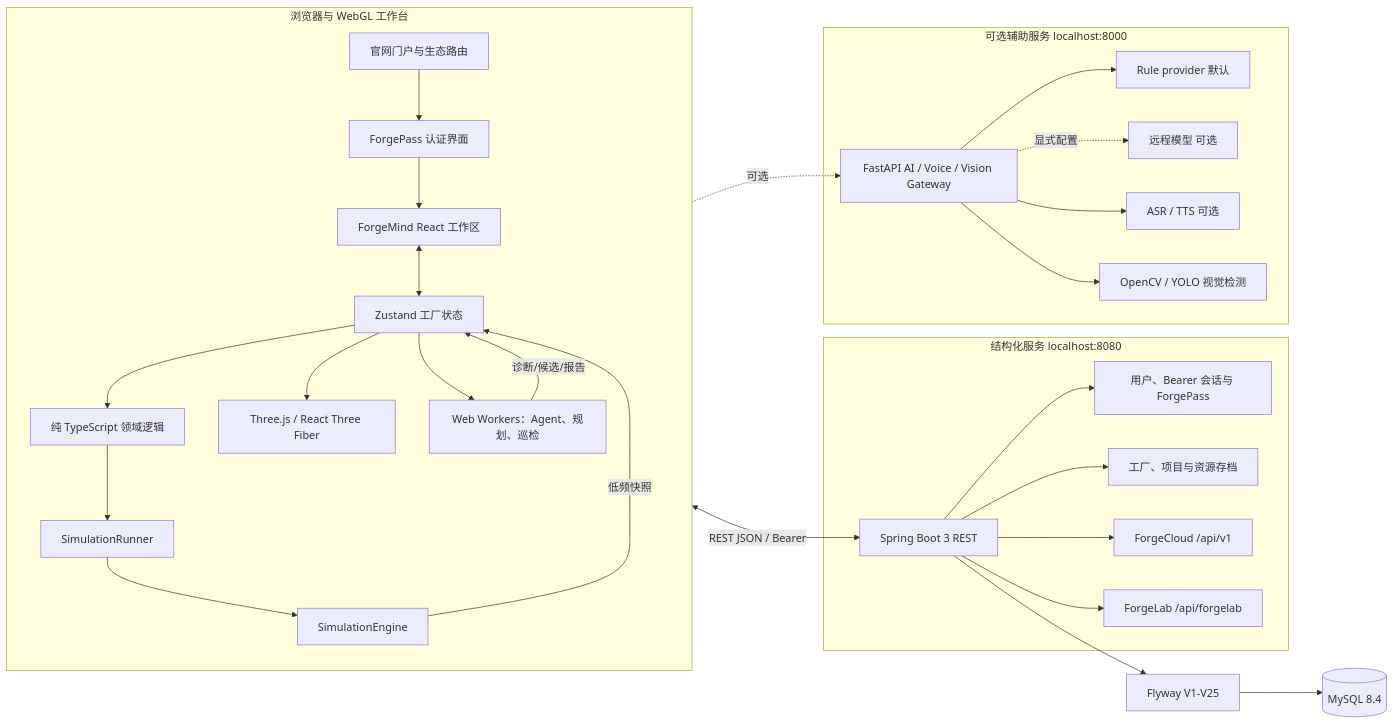
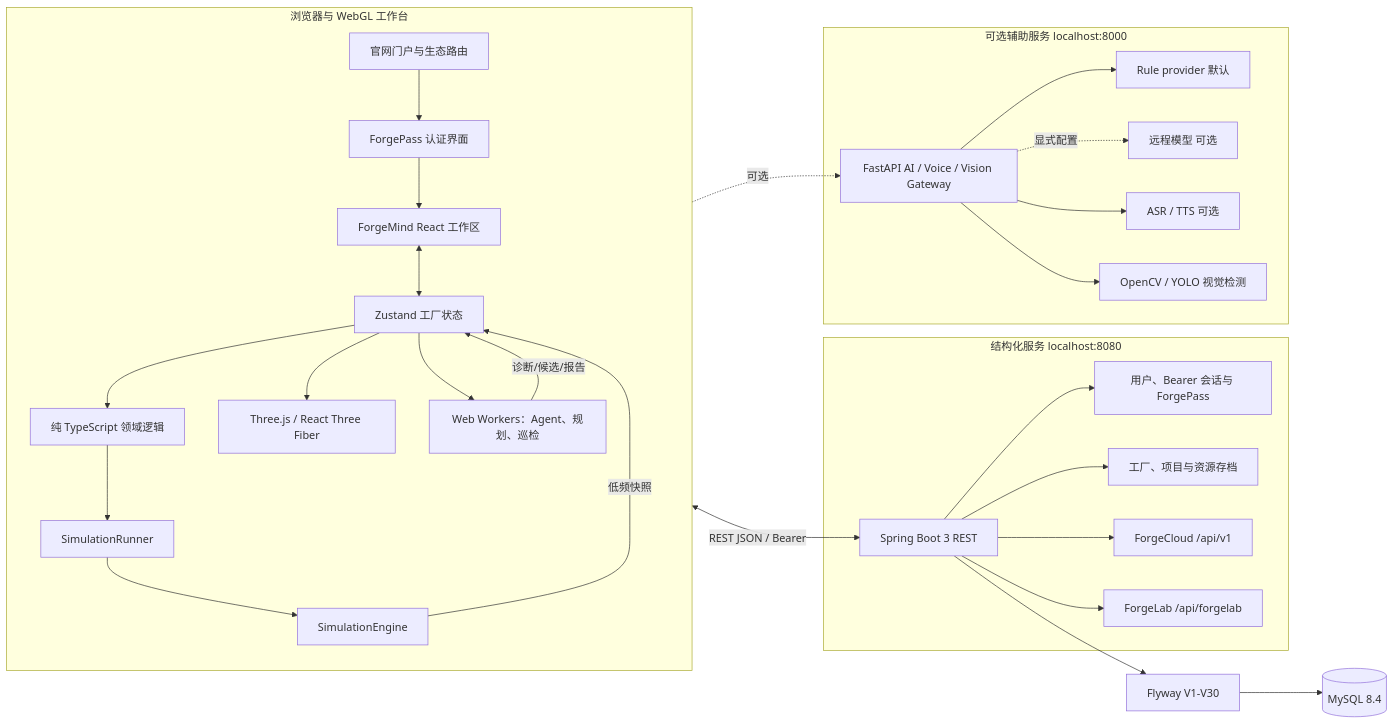
Before and after one commit to YJsnz/forgemind: the second of 9 diagrams in README.md, drawn with Mermaid. The commit also changed other lines of this file and 112 other files, not shown here.

````diff
--- a/README.md
+++ b/README.md
@@ -123,52 +123,52 @@
 ```mermaid
 flowchart LR
     subgraph browser[浏览器与 WebGL 工作台]
         portal[官网门户与生态路由]
         authUi[ForgePass 认证界面]
         workbench[ForgeMind React 工作区]
         state[Zustand 工厂状态]
         domain[纯 TypeScript 领域逻辑]
         runner[SimulationRunner]
         sim[SimulationEngine]
         scene[Three.js / React Three Fiber]
         workers[Web Workers：Agent、规划、巡检]
         portal --> authUi --> workbench
         workbench <--> state
         state --> domain --> runner --> sim
         sim -->|低频快照| state
         state --> scene
         state --> workers
         workers -->|诊断/候选/报告| state
     end
 
     subgraph server[结构化服务 localhost:8080]
         spring[Spring Boot 3 REST]
         sessions[用户、Bearer 会话与 ForgePass]
         factoryStore[工厂、项目与资源存档]
         cloudApi[ForgeCloud /api/v1]
         labApi[ForgeLab /api/forgelab]
         spring --> sessions
         spring --> factoryStore
         spring --> cloudApi
         spring --> labApi
     end
 
     mysql[(MySQL 8.4)]
-    flyway[Flyway V1-V25]
+    flyway[Flyway V1-V30]
     spring --> flyway --> mysql
 
     subgraph optional[可选辅助服务 localhost:8000]
         fastapi[FastAPI AI / Voice / Vision Gateway]
         rule[Rule provider 默认]
         remote[远程模型 可选]
         asr[ASR / TTS 可选]
         vision[OpenCV / YOLO 视觉检测]
         fastapi --> rule
         fastapi -.显式配置.-> remote
         fastapi --> asr
         fastapi --> vision
     end
 
     browser <-->|REST JSON / Bearer| spring
     browser -.可选.-> fastapi
 ```
````
